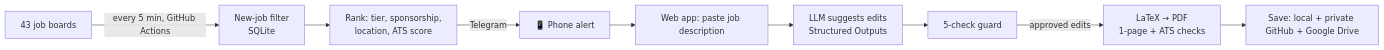
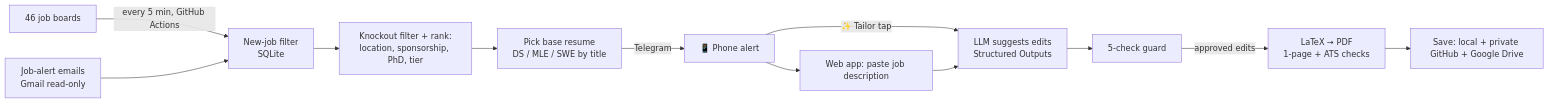
Before and after one commit to siri780/resumefit: the diagram in README.md, drawn with Mermaid. The commit also changed other lines of this file and 10 other files, not shown here.

````diff
--- a/README.md
+++ b/README.md
@@ -16,11 +18,14 @@
 ```mermaid
 flowchart LR
-    A[43 job boards] -->|every 5 min, GitHub Actions| B[New-job filter<br/>SQLite]
-    B --> C[Rank: tier, sponsorship,<br/>location, ATS score]
-    C -->|Telegram| D[📱 Phone alert]
+    A[46 job boards] -->|every 5 min, GitHub Actions| B[New-job filter<br/>SQLite]
+    M[Job-alert emails<br/>Gmail read-only] --> B
+    B --> C[Knockout filter + rank:<br/>location, sponsorship, PhD, tier]
+    C --> R[Pick base resume<br/>DS / MLE / SWE by title]
+    R -->|Telegram| D[📱 Phone alert]
+    D -->|✨ Tailor tap| F
     D --> E[Web app: paste job description]
     E --> F[LLM suggests edits<br/>Structured Outputs]
     F --> G[5-check guard]
     G -->|approved edits| H[LaTeX → PDF<br/>1-page + ATS checks]
     H --> I[Save: local + private GitHub + Google Drive]
 ```
````
